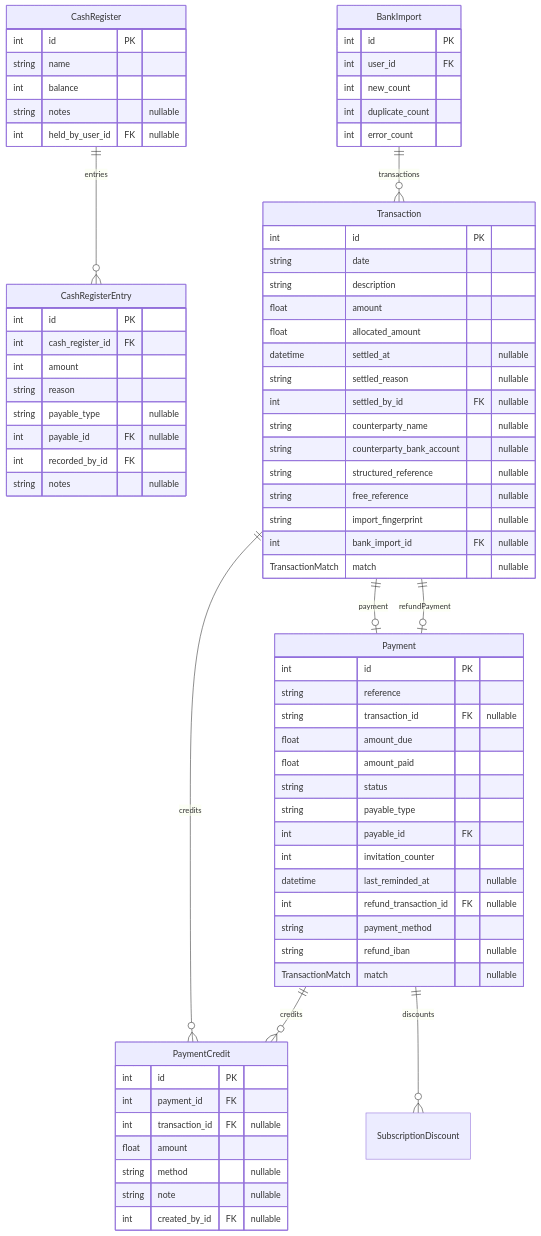
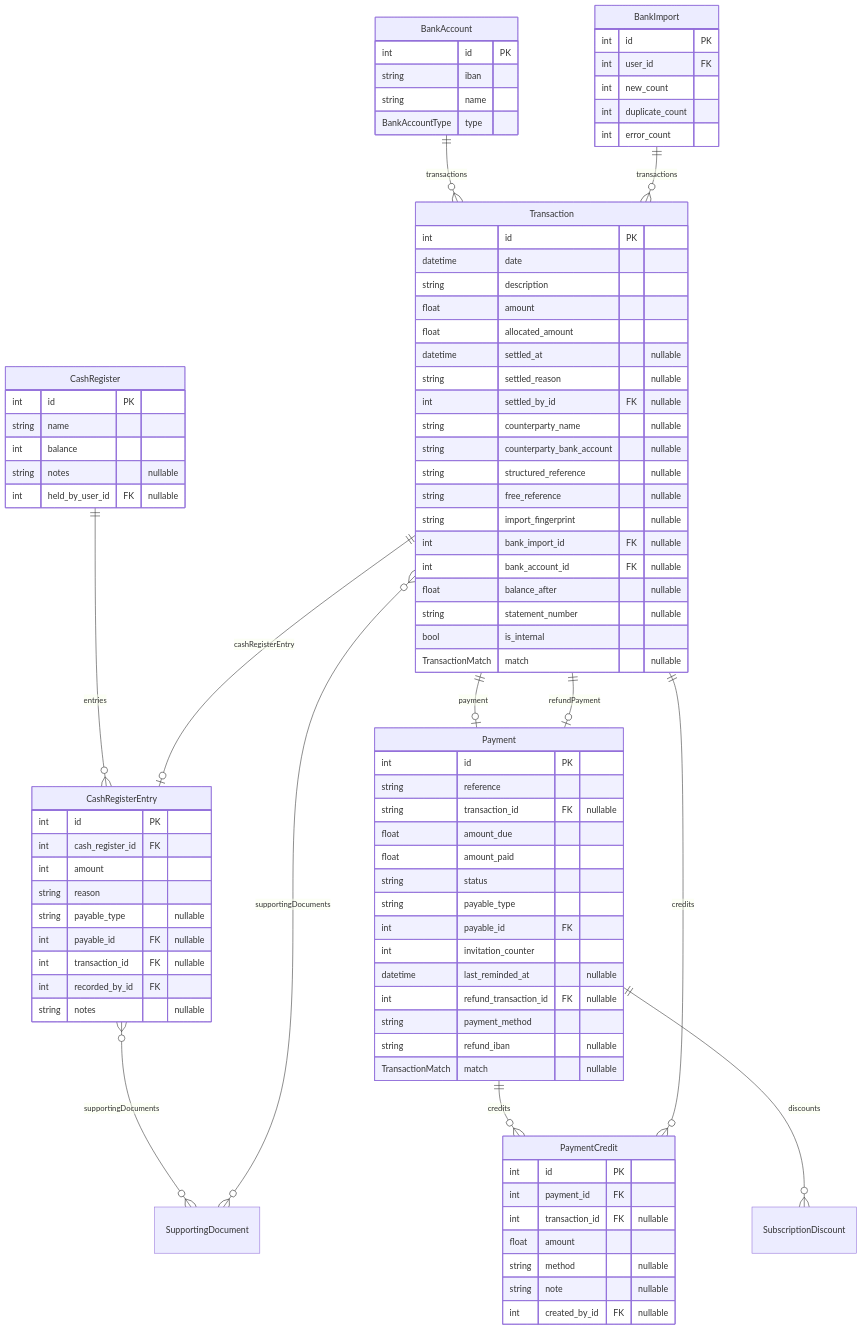
The diagram in docs/erd/clubadmin-payment.md (Paupoo/tabletennisclub-app), drawn with Mermaid before and after one commit. The commit also changed 5 other files, not shown here.

Commit message:
docs(erd): regenerate for bank accounts, supporting documents and financial exports

````diff
--- a/docs/erd/clubadmin-payment.md
+++ b/docs/erd/clubadmin-payment.md
@@ -3,5 +3,11 @@
 ```mermaid
 erDiagram
+    BankAccount {
+        int id PK
+        string iban
+        string name
+        BankAccountType type
+    }
     BankImport {
         int id PK
         int user_id FK
@@ -23,6 +29,7 @@
         string reason
         string payable_type "nullable"
         int payable_id FK "nullable"
+        int transaction_id FK "nullable"
         int recorded_by_id FK
         string notes "nullable"
     }
@@ -53,7 +60,7 @@
     }
     Transaction {
         int id PK
-        string date
+        datetime date
         string description
         float amount
         float allocated_amount
@@ -66,14 +73,22 @@
         string free_reference "nullable"
         string import_fingerprint "nullable"
         int bank_import_id FK "nullable"
+        int bank_account_id FK "nullable"
+        float balance_after "nullable"
+        string statement_number "nullable"
+        bool is_internal
         TransactionMatch match "nullable"
     }
 
+    BankAccount ||--o{ Transaction : "transactions"
     BankImport ||--o{ Transaction : "transactions"
     CashRegister ||--o{ CashRegisterEntry : "entries"
+    CashRegisterEntry }o--o{ SupportingDocument : "supportingDocuments"
     Payment ||--o{ PaymentCredit : "credits"
     Payment ||--o{ SubscriptionDiscount : "discounts"
+    Transaction ||--o| CashRegisterEntry : "cashRegisterEntry"
     Transaction ||--o{ PaymentCredit : "credits"
     Transaction ||--o| Payment : "payment"
     Transaction ||--o| Payment : "refundPayment"
+    Transaction }o--o{ SupportingDocument : "supportingDocuments"
 ```
````
